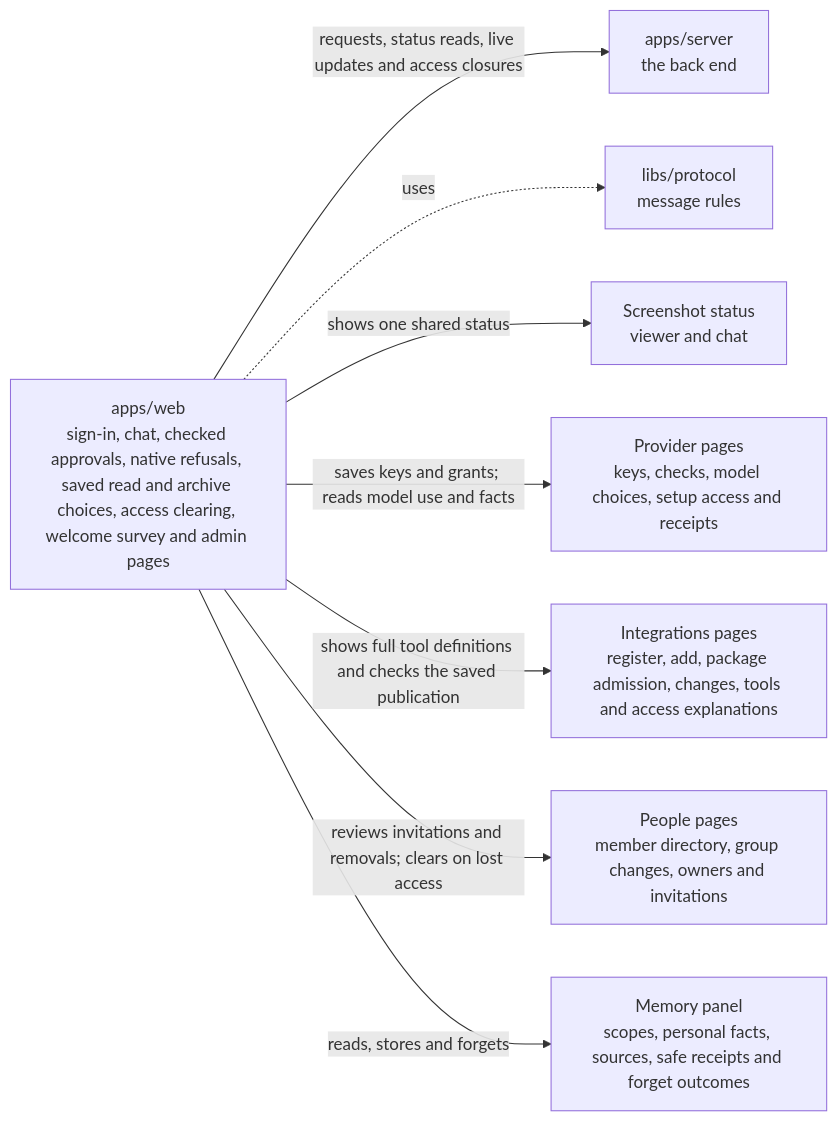
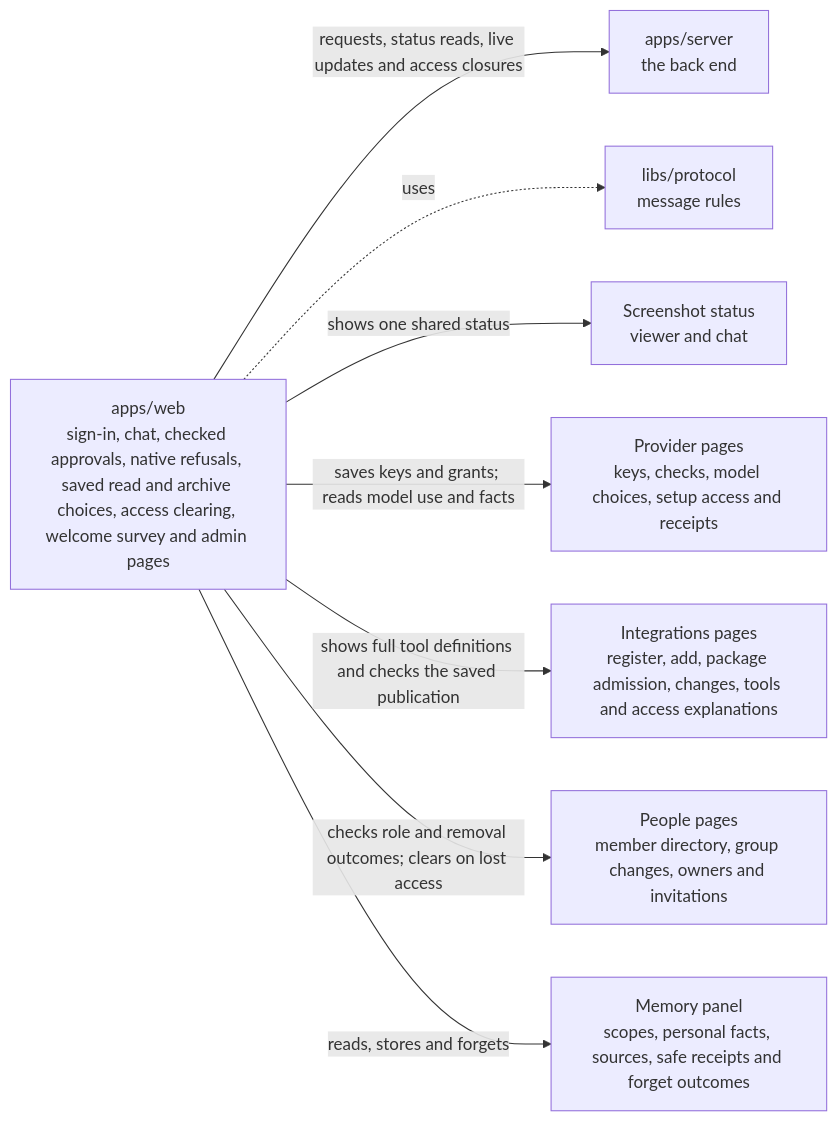
The diagram in apps/web/README.md (elewa-git/opencrane-new), drawn with Mermaid before and after one commit. The commit also changed other lines of this file and 33 other files, not shown here.

First line of the commit message:
👥 Owners and Admins can change a person’s role between Member and Admin on their detail page (#491)

````diff
--- a/apps/web/README.md
+++ b/apps/web/README.md
@@ -11,10 +11,10 @@
 ```mermaid
 flowchart LR
   web["apps/web<br/>sign-in, chat, checked approvals, native refusals, saved read and archive choices, access clearing, welcome survey and admin pages"] -->|requests, status reads, live updates and access closures| server["apps/server<br/>the back end"]
   web -.->|uses| protocol["libs/protocol<br/>message rules"]
   web -->|shows one shared status| capture["Screenshot status<br/>viewer and chat"]
   web -->|saves keys and grants; reads model use and facts| providers["Provider pages<br/>keys, checks, model choices, setup access and receipts"]
   web -->|shows full tool definitions and checks the saved publication| integrations["Integrations pages<br/>register, add, package admission, changes, tools and access explanations"]
-  web -->|reviews invitations and removals; clears on lost access| people["People pages<br/>member directory, group changes, owners and invitations"]
+  web -->|checks role and removal outcomes; clears on lost access| people["People pages<br/>member directory, group changes, owners and invitations"]
   web -->|reads, stores and forgets| memory["Memory panel<br/>scopes, personal facts, sources, safe receipts and forget outcomes"]
 ```
````
